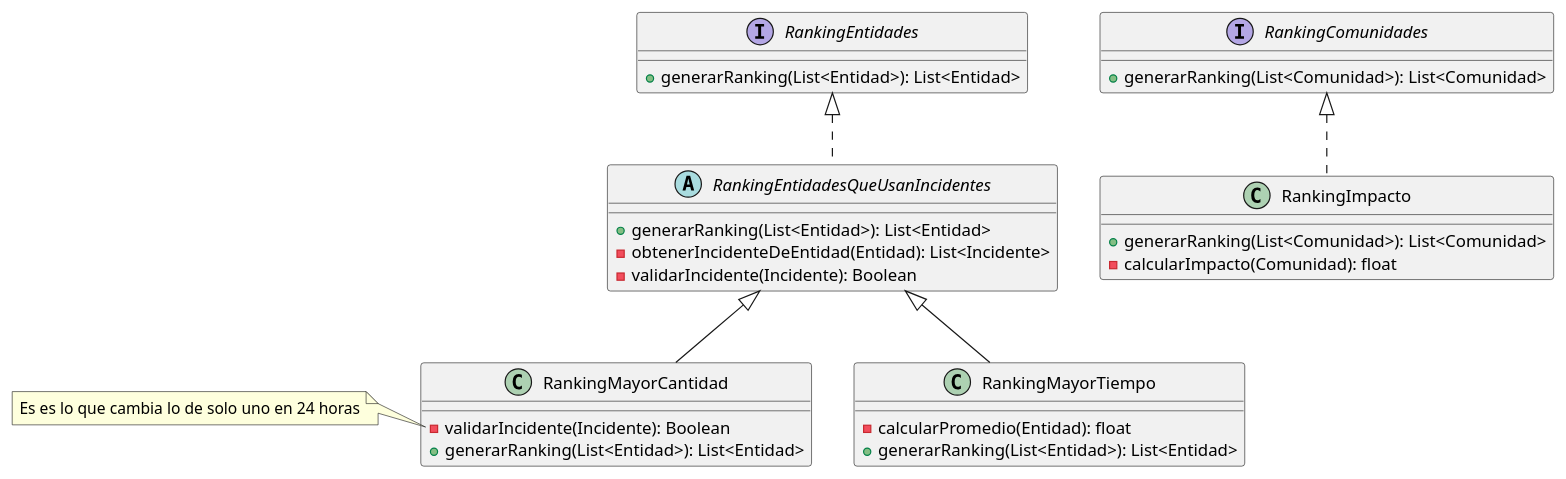
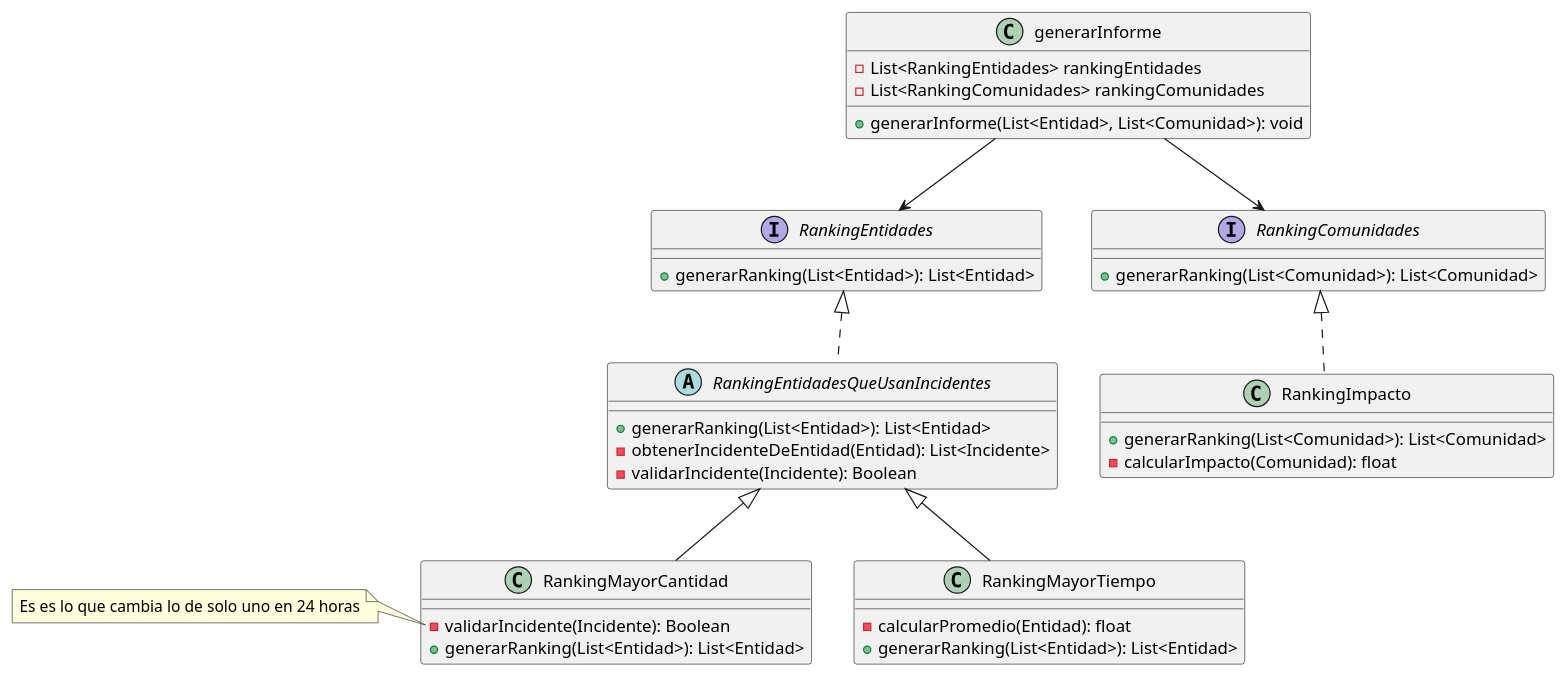
Before and after one commit to AndyTrias/comunidades-apoyo-movilidad-reducida-: the diagram in Entregables/DiagramaRankings.wsd, drawn with PlantUML.

Commit message:
diagrama de clase rankings

```diff
--- a/Entregables/DiagramaRankings.wsd
+++ b/Entregables/DiagramaRankings.wsd
@@ -1,41 +1,54 @@
 @startuml GenerarRankings
 
 
 
 abstract RankingEntidadesQueUsanIncidentes implements RankingEntidades{
     + generarRanking(List<Entidad>): List<Entidad>
     - obtenerIncidenteDeEntidad(Entidad): List<Incidente>
     - validarIncidente(Incidente): Boolean
 }
 
 class RankingMayorCantidad extends RankingEntidadesQueUsanIncidentes {
     - validarIncidente(Incidente): Boolean 
     + generarRanking(List<Entidad>): List<Entidad>
 }
 
 note left of RankingMayorCantidad::validarIncidente
     Es es lo que cambia lo de solo uno en 24 horas
 end note
 
 
 
 class RankingMayorTiempo extends RankingEntidadesQueUsanIncidentes {
     - calcularPromedio(Entidad): float
     + generarRanking(List<Entidad>): List<Entidad>
 }
 
 class RankingImpacto implements RankingComunidades {
     + generarRanking(List<Comunidad>): List<Comunidad>
     - calcularImpacto(Comunidad): float
 }
 
 interface RankingEntidades {
     + generarRanking(List<Entidad>): List<Entidad>
 }
 
 interface RankingComunidades {
     + generarRanking(List<Comunidad>): List<Comunidad>
 }
 
+class generarInforme{
+
+
+    - List<RankingEntidades> rankingEntidades
+    - List<RankingComunidades> rankingComunidades
+
+
+    + generarInforme(List<Entidad>, List<Comunidad>): void
+}
+
+generarInforme-->RankingEntidades
+generarInforme-->RankingComunidades
+
 
 @enduml
```
